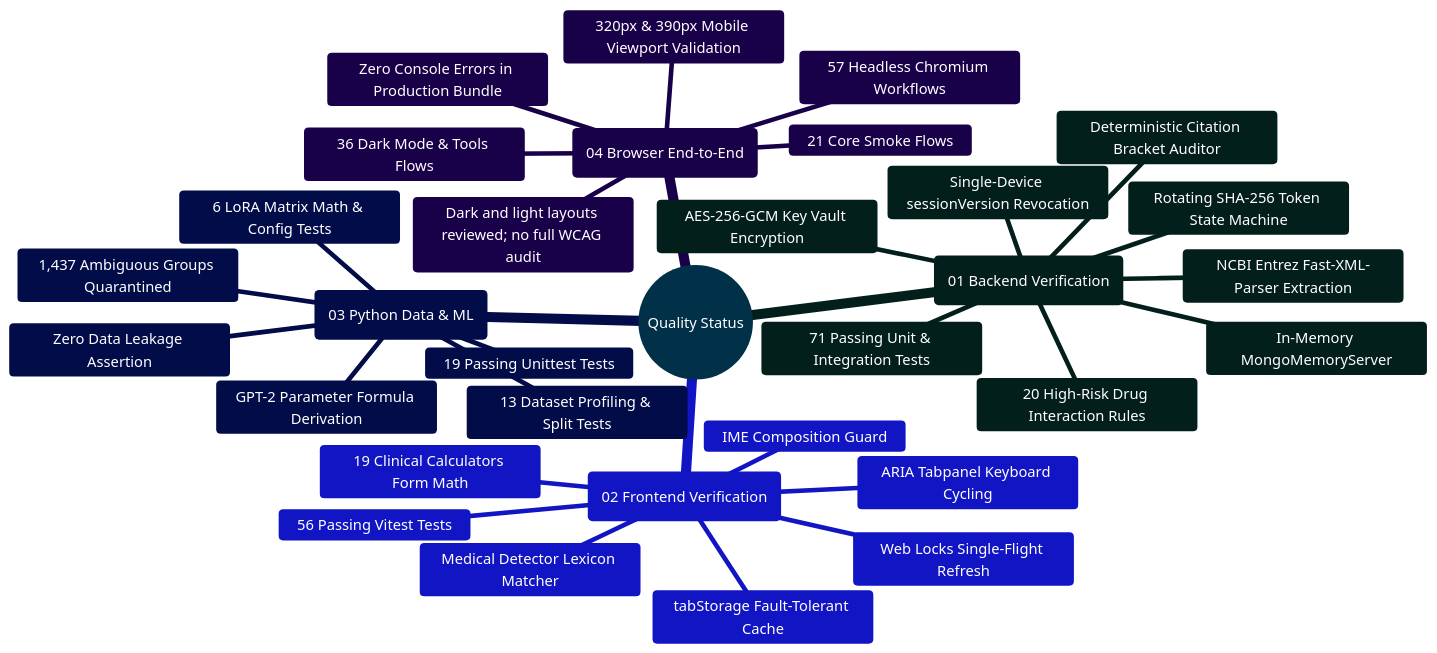
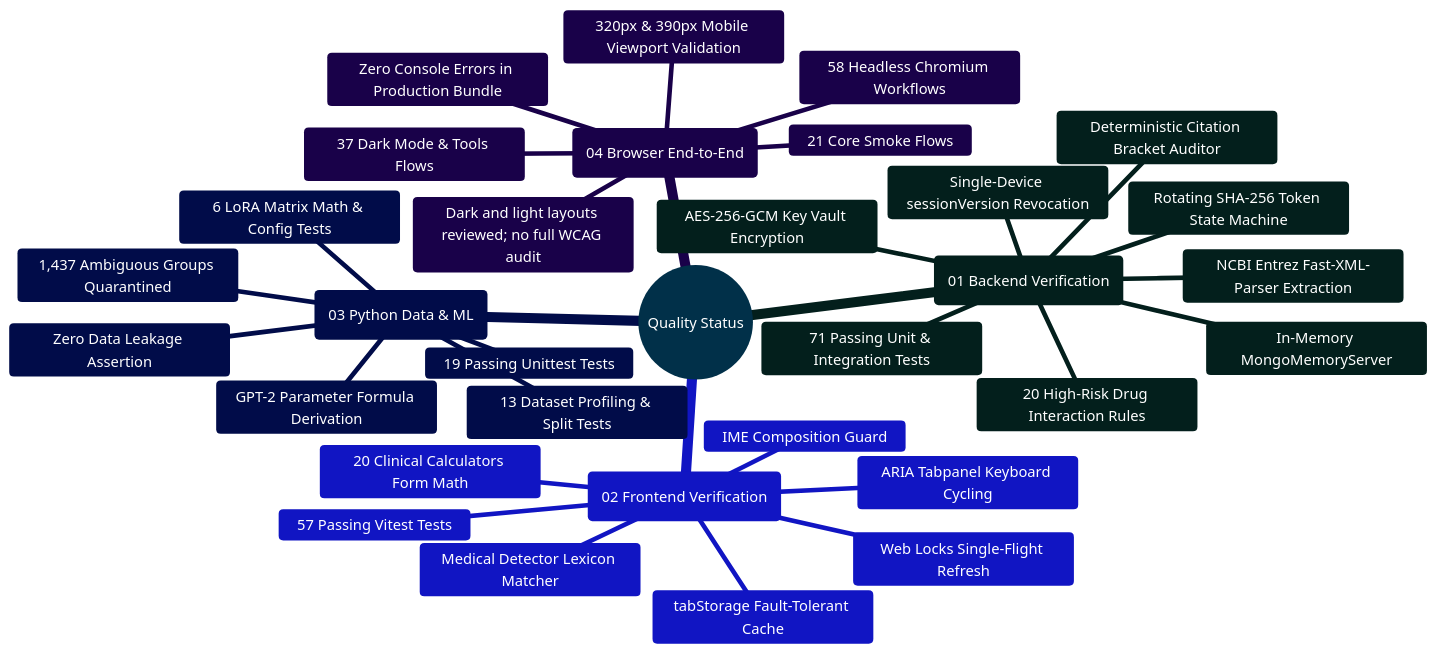
One commit to Ganesh172919/React-App-LLM changed the first of 2 diagrams in docs/IMPLEMENTATION_STATUS.md. Above: the diagram before and after it, drawn with Mermaid. The commit also changed other lines of this file and 53 other files, not shown here.

Commit message:
feat: expand clinical suite to 20 tools (Centor Pharyngitis) and DDI screener to 21 rules (Carbamazepine + CYP3A4)

````diff
--- a/docs/IMPLEMENTATION_STATUS.md
+++ b/docs/IMPLEMENTATION_STATUS.md
@@ -66,37 +66,37 @@
 ```mermaid
 %%{init: {'theme': 'base', 'themeVariables': { 'primaryColor': '#0284c7', 'primaryTextColor': '#ffffff', 'primaryBorderColor': '#0369a1', 'lineColor': '#0284c7', 'secondaryColor': '#0d9488', 'tertiaryColor': '#6366f1' }}}%%
 mindmap
   root((Quality Status))
     ::icon(fa fa-check-circle)
     (01 Backend Verification)
       71 Passing Unit & Integration Tests
       In-Memory MongoMemoryServer
       Single-Device sessionVersion Revocation
       Rotating SHA-256 Token State Machine
       AES-256-GCM Key Vault Encryption
       NCBI Entrez Fast-XML-Parser Extraction
       Deterministic Citation Bracket Auditor
       20 High-Risk Drug Interaction Rules
     (02 Frontend Verification)
-      56 Passing Vitest Tests
+      57 Passing Vitest Tests
       Web Locks Single-Flight Refresh
       tabStorage Fault-Tolerant Cache
       IME Composition Guard
       Medical Detector Lexicon Matcher
-      19 Clinical Calculators Form Math
+      20 Clinical Calculators Form Math
       ARIA Tabpanel Keyboard Cycling
     (03 Python Data & ML)
       19 Passing Unittest Tests
       13 Dataset Profiling & Split Tests
       6 LoRA Matrix Math & Config Tests
       Zero Data Leakage Assertion
       1,437 Ambiguous Groups Quarantined
       GPT-2 Parameter Formula Derivation
     (04 Browser End-to-End)
-      57 Headless Chromium Workflows
+      58 Headless Chromium Workflows
       21 Core Smoke Flows
-      36 Dark Mode & Tools Flows
+      37 Dark Mode & Tools Flows
       320px & 390px Mobile Viewport Validation
       Dark and light layouts reviewed; no full WCAG audit
       Zero Console Errors in Production Bundle
 ```
````
